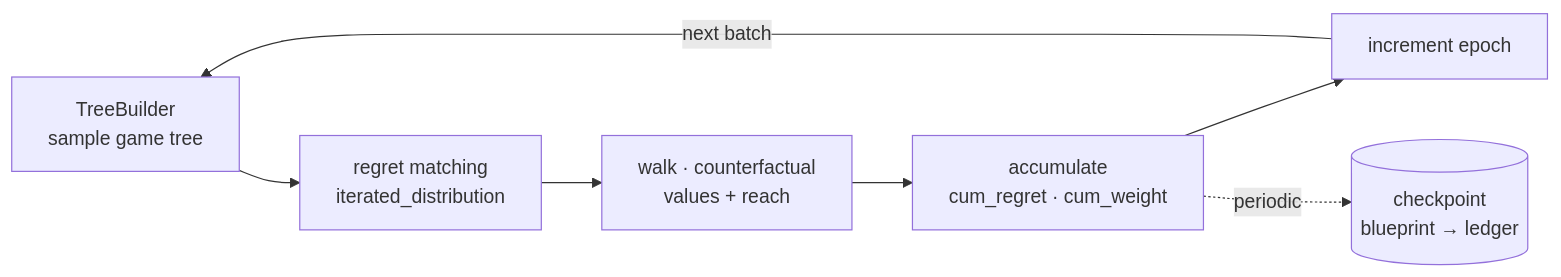
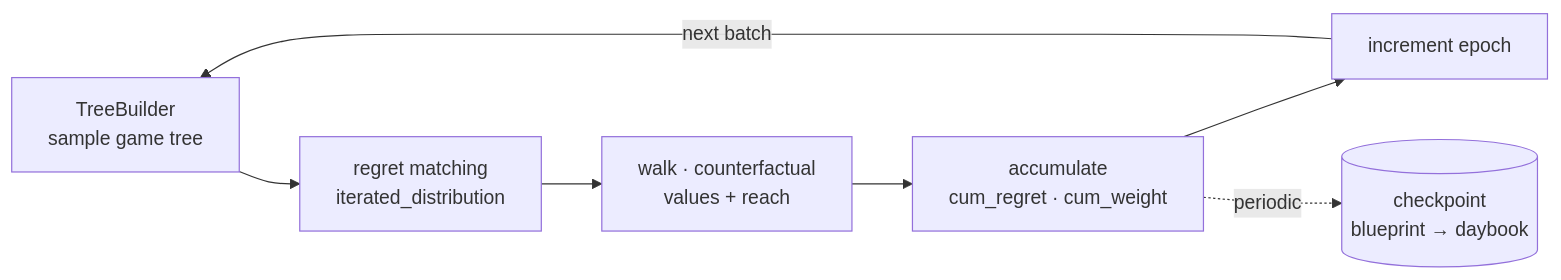
Before and after one commit to krukah/robopoker: the second of 2 diagrams in crates/mccfr/README.md, drawn with Mermaid. The commit also changed 64 other files, not shown here.

First line of the commit message:
refactor: rename ledger crate -> daybook

````diff
--- a/crates/mccfr/README.md
+++ b/crates/mccfr/README.md
@@ -46,9 +46,9 @@
 ```mermaid
 flowchart LR
   Build["TreeBuilder<br/>sample game tree"] --> Reg["regret matching<br/>iterated_distribution"]
   Reg --> Walk["walk · counterfactual<br/>values + reach"]
   Walk --> Acc["accumulate<br/>cum_regret · cum_weight"]
   Acc --> Inc["increment epoch"]
   Inc -->|next batch| Build
-  Acc -.->|periodic| CP[("checkpoint<br/>blueprint → ledger")]
+  Acc -.->|periodic| CP[("checkpoint<br/>blueprint → daybook")]
 ```
````
